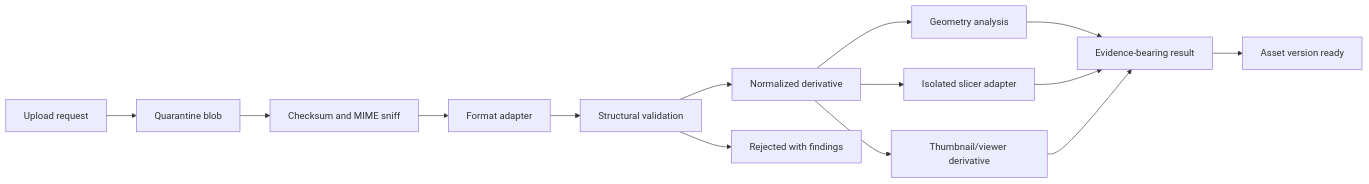
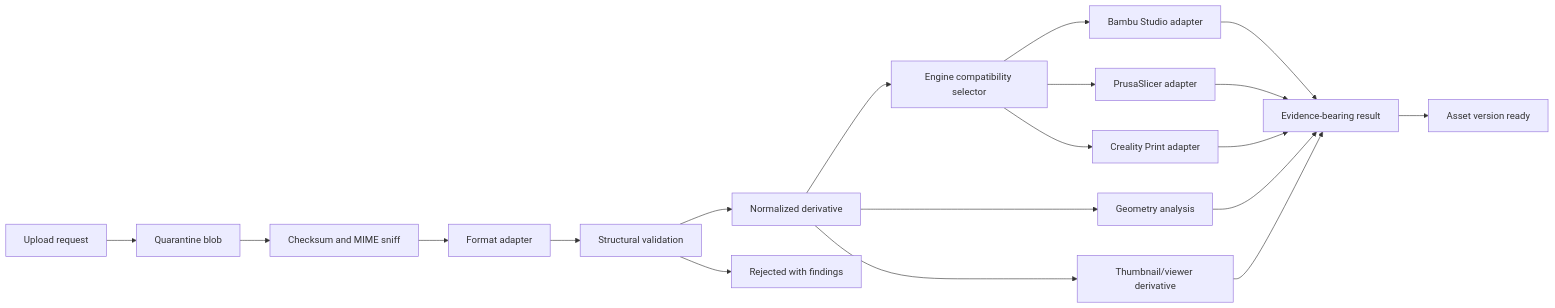
The diagram in docs/architecture/3d-print-store/processing-pipeline.md (weslleymurdock/3dstore), drawn with Mermaid before and after one commit. The commit also changed other lines of this file and 6 other files, not shown here.

````diff
--- a/docs/architecture/3d-print-store/processing-pipeline.md
+++ b/docs/architecture/3d-print-store/processing-pipeline.md
@@ -5,16 +5,21 @@
 ```mermaid
 flowchart LR
     U[Upload request] --> Q[Quarantine blob]
     Q --> H[Checksum and MIME sniff]
     H --> P[Format adapter]
     P --> V[Structural validation]
     V --> N[Normalized derivative]
     N --> A[Geometry analysis]
     N --> T[Thumbnail/viewer derivative]
-    N --> S[Isolated slicer adapter]
-    A --> R[Evidence-bearing result]
-    S --> R
+    N --> C[Engine compatibility selector]
+    C --> B[Bambu Studio adapter]
+    C --> PS[PrusaSlicer adapter]
+    C --> CP[Creality Print adapter]
+    B --> R[Evidence-bearing result]
+    PS --> R
+    CP --> R
+    A --> R
     T --> R
     R --> Ready[Asset version ready]
     V --> Reject[Rejected with findings]
 ```
````
